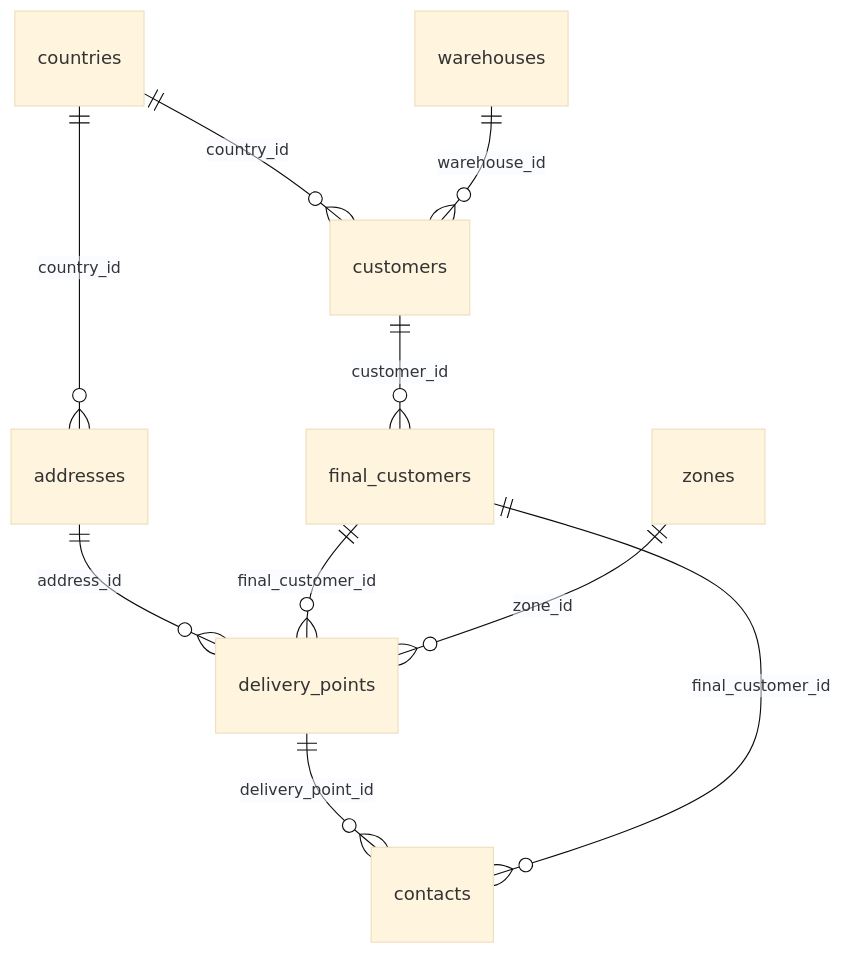
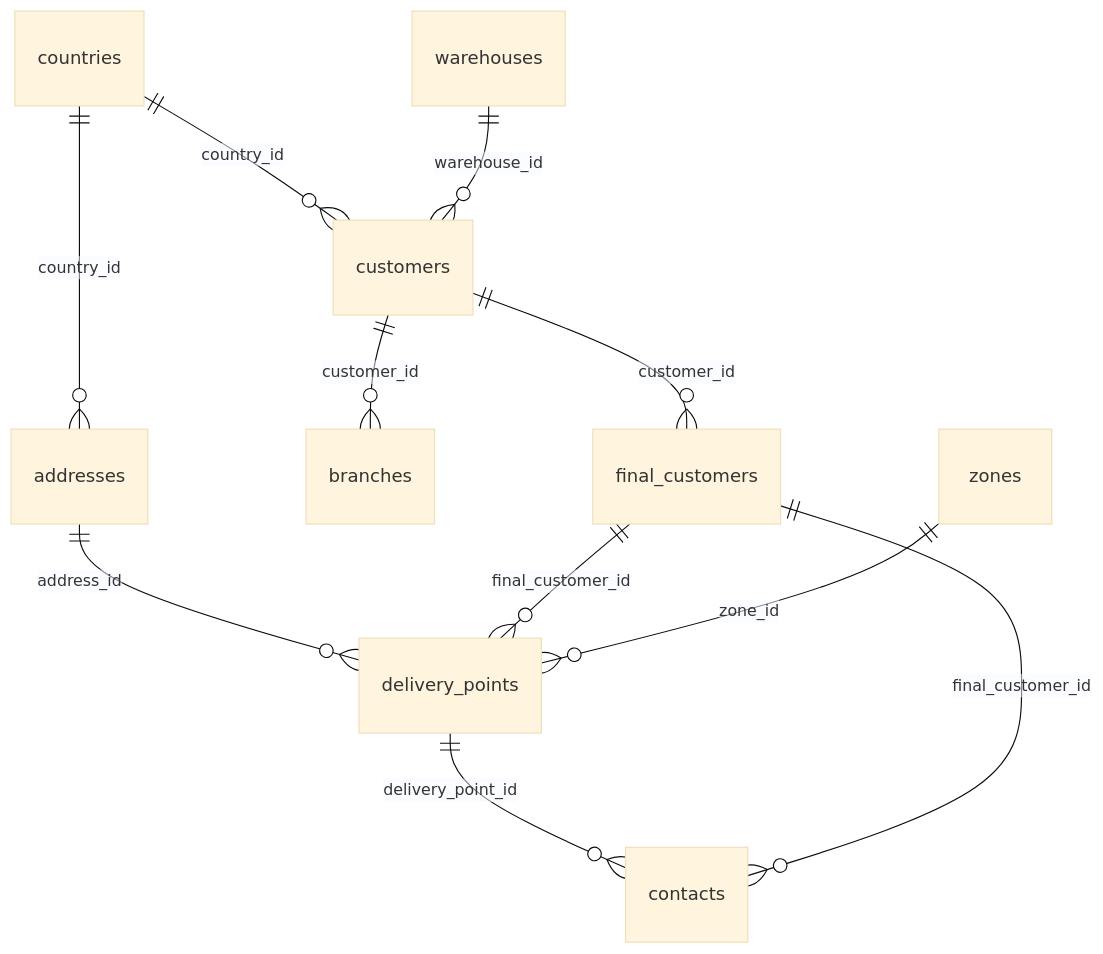
Before and after one commit to JeanCaOLO/sto_tms_olo: the second of 9 diagrams in docs/reference/diccionario-datos-tms-olo.md, drawn with Mermaid (base theme). The commit also changed other lines of this file and 40 other files, not shown here.

````diff
--- a/docs/reference/diccionario-datos-tms-olo.md
+++ b/docs/reference/diccionario-datos-tms-olo.md
@@ -208,12 +218,13 @@
 ```mermaid
 erDiagram
     addresses ||--o{ delivery_points : "address_id"
     countries ||--o{ addresses : "country_id"
     countries ||--o{ customers : "country_id"
+    customers ||--o{ branches : "customer_id"
     customers ||--o{ final_customers : "customer_id"
     delivery_points ||--o{ contacts : "delivery_point_id"
     final_customers ||--o{ contacts : "final_customer_id"
     final_customers ||--o{ delivery_points : "final_customer_id"
     warehouses ||--o{ customers : "warehouse_id"
     zones ||--o{ delivery_points : "zone_id"
 ```
````
